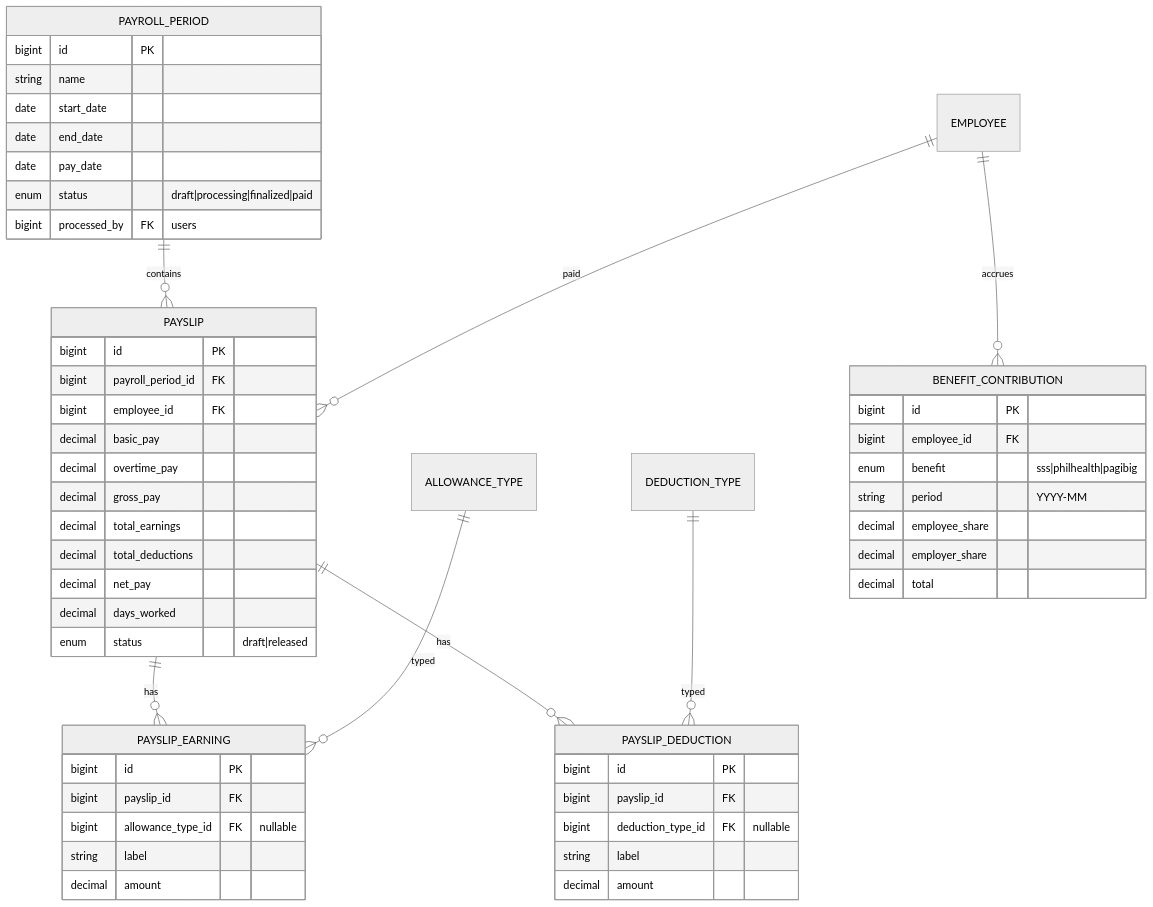
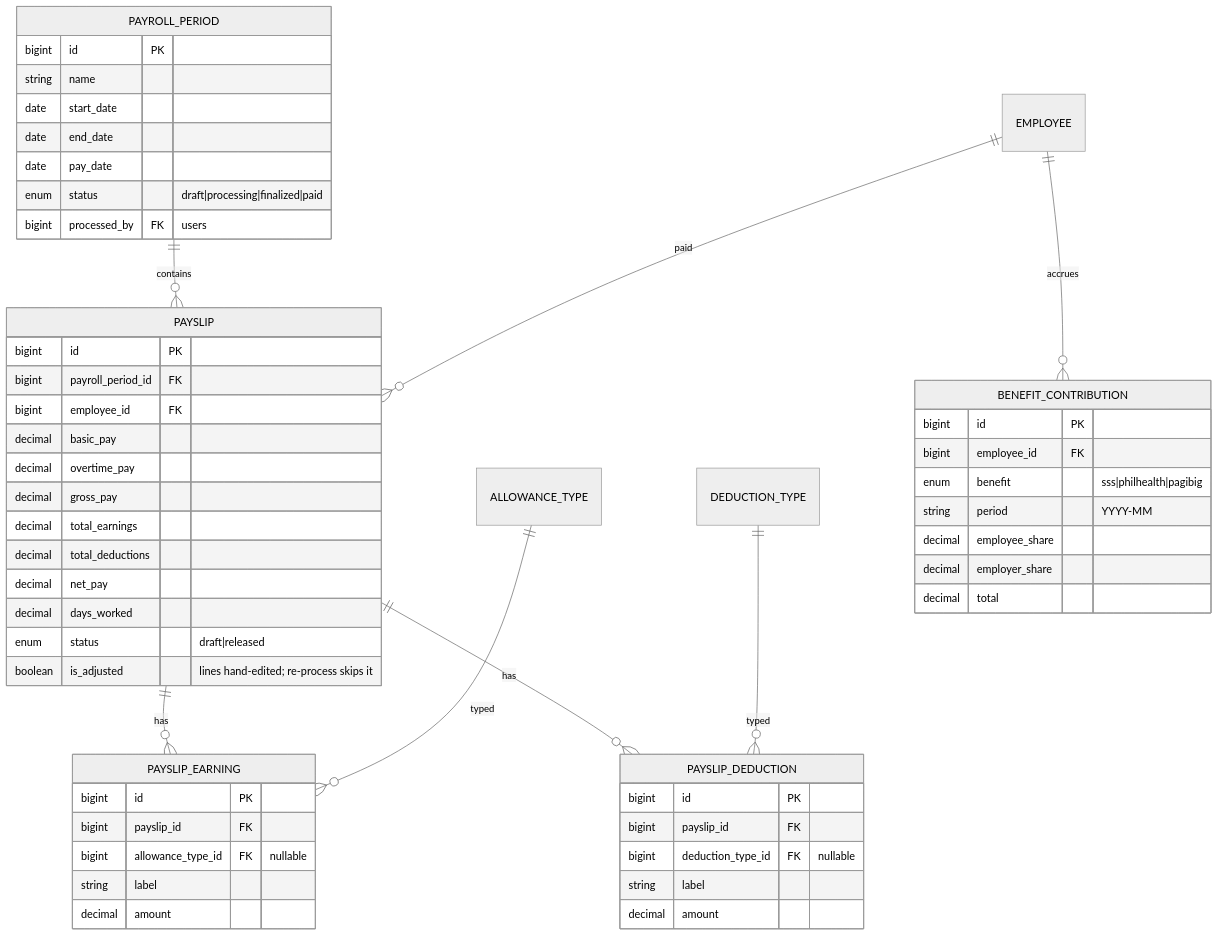
The seventh of 11 diagrams in docs/database/erd.md (earlkian8/synapse), drawn with Mermaid (neutral theme) before and after one commit. The commit also changed other lines of this file and 39 other files, not shown here.

````diff
--- a/docs/database/erd.md
+++ b/docs/database/erd.md
@@ -530,56 +540,57 @@
 ```mermaid
 erDiagram
     PAYROLL_PERIOD ||--o{ PAYSLIP : contains
     EMPLOYEE ||--o{ PAYSLIP : paid
     PAYSLIP ||--o{ PAYSLIP_EARNING : has
     PAYSLIP ||--o{ PAYSLIP_DEDUCTION : has
     ALLOWANCE_TYPE ||--o{ PAYSLIP_EARNING : typed
     DEDUCTION_TYPE ||--o{ PAYSLIP_DEDUCTION : typed
     EMPLOYEE ||--o{ BENEFIT_CONTRIBUTION : accrues
 
     PAYROLL_PERIOD {
         bigint id PK
         string name
         date start_date
         date end_date
         date pay_date
         enum status "draft|processing|finalized|paid"
         bigint processed_by FK "users"
     }
     PAYSLIP {
         bigint id PK
         bigint payroll_period_id FK
         bigint employee_id FK
         decimal basic_pay
         decimal overtime_pay
         decimal gross_pay
         decimal total_earnings
         decimal total_deductions
         decimal net_pay
         decimal days_worked
         enum status "draft|released"
+        boolean is_adjusted "lines hand-edited; re-process skips it"
     }
     PAYSLIP_EARNING {
         bigint id PK
         bigint payslip_id FK
         bigint allowance_type_id FK "nullable"
         string label
         decimal amount
     }
     PAYSLIP_DEDUCTION {
         bigint id PK
         bigint payslip_id FK
         bigint deduction_type_id FK "nullable"
         string label
         decimal amount
     }
     BENEFIT_CONTRIBUTION {
         bigint id PK
         bigint employee_id FK
         enum benefit "sss|philhealth|pagibig"
         string period "YYYY-MM"
         decimal employee_share
         decimal employer_share
         decimal total
     }
 ```
````
